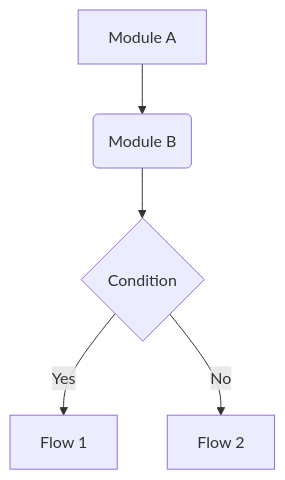
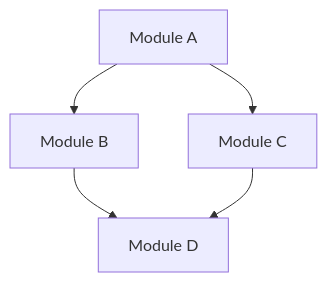
The first of 5 diagrams in .claude/commands/feature-designer.md (HScarb/agent-configs), drawn with Mermaid before and after one commit. The commit also changed other lines of this file and 4 other files, not shown here.

````diff
--- a/.claude/commands/feature-designer.md
+++ b/.claude/commands/feature-designer.md
@@ -49,7 +49,7 @@
 ```mermaid
 flowchart TD
-    A[Module A] --> B(Module B);
-    B --> C{Condition};
-    C -->|Yes| D[Flow 1];
-    C -->|No| E[Flow 2];
+    A[Module A] --> B[Module B]
+    A --> C[Module C]
+    B --> D[Module D]
+    C --> D
 ```
````
